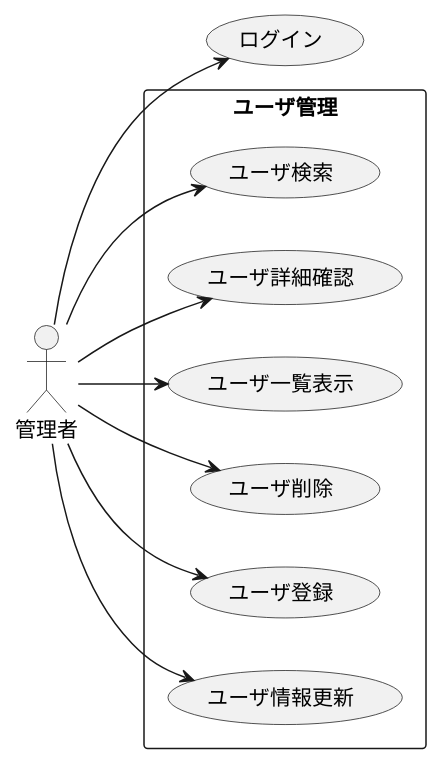
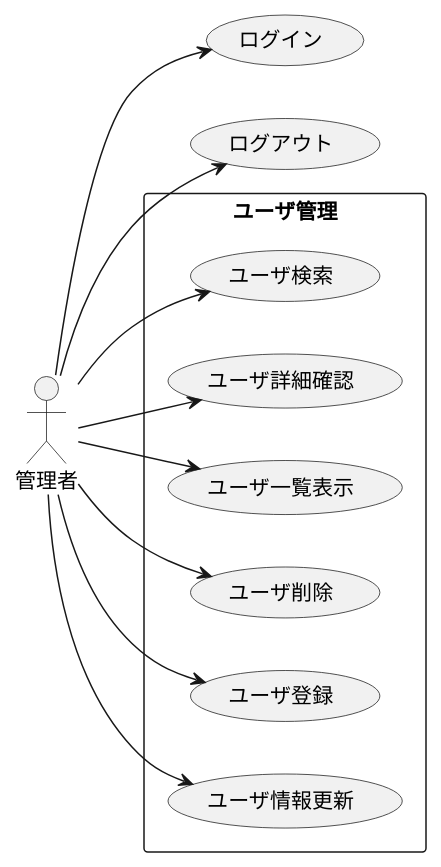
The diagram in uml/usecase.pu (toufu66/ProjectC), drawn with PlantUML before and after one commit.

Commit message:
ユースケース図 ログアウトを追加

```diff
--- a/uml/usecase.pu
+++ b/uml/usecase.pu
@@ -1,14 +1,15 @@
 @startuml
 actor 管理者
 left to right direction
 rectangle ユーザ管理{
 	管理者 --> (ユーザ検索)
 	管理者 --> (ユーザ詳細確認)
 	管理者 --> (ユーザ一覧表示)
 	管理者 --> (ユーザ削除)
 	管理者 --> (ユーザ登録)
 	管理者 --> (ユーザ情報更新)
 
 }
 管理者 --> (ログイン)
+管理者 --> (ログアウト)
 @enduml
```
